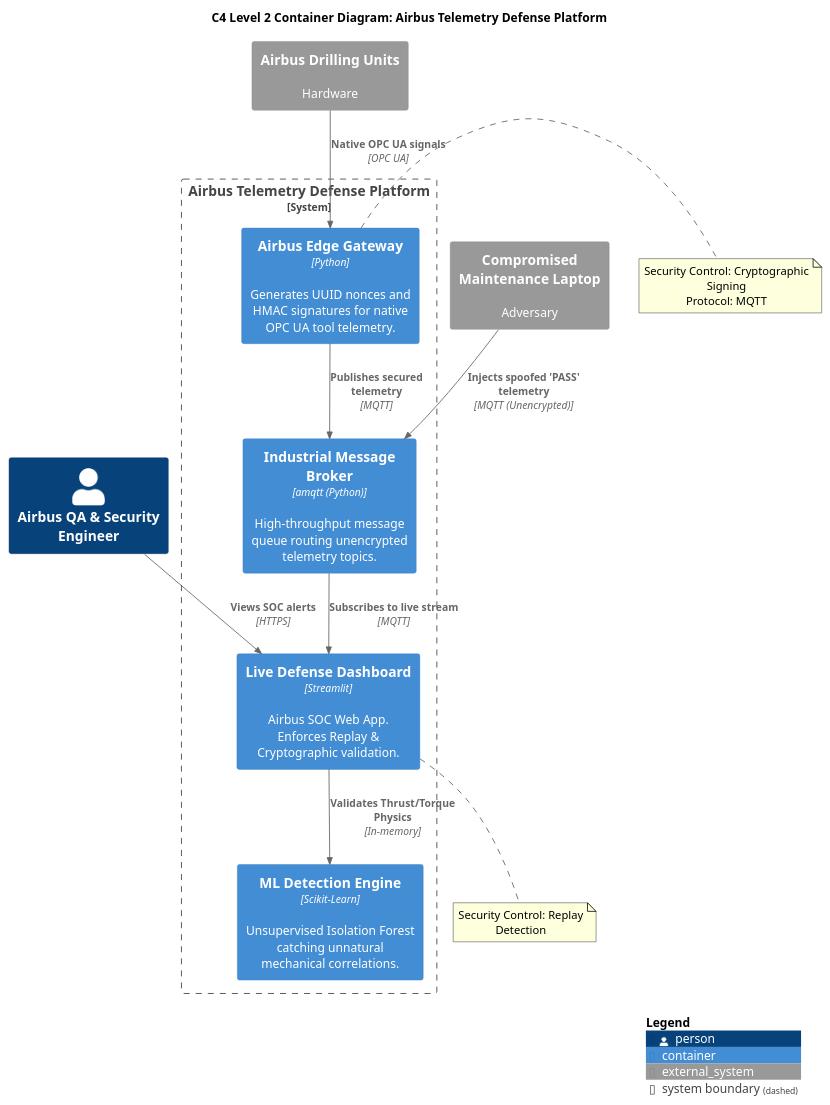
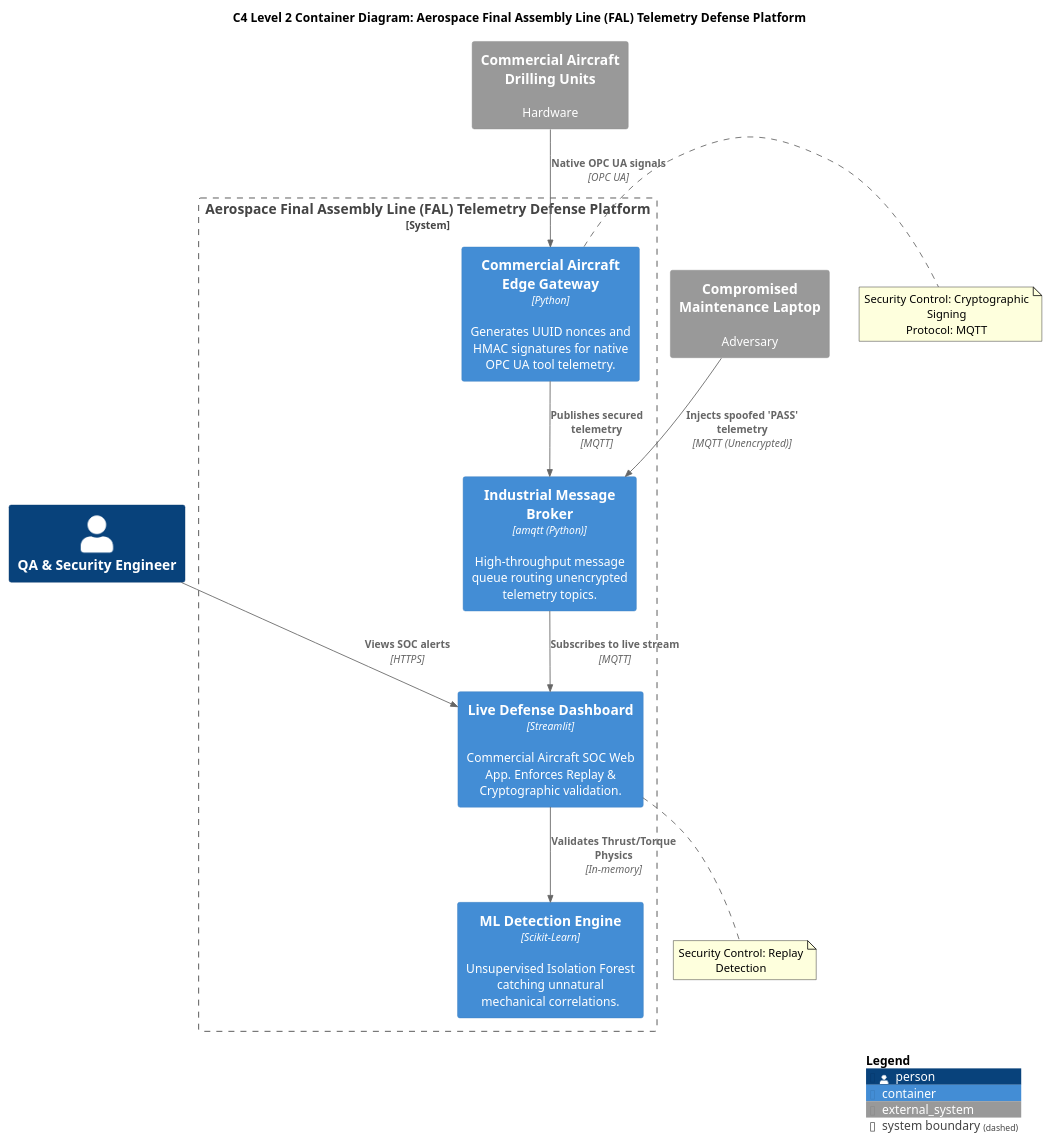
One commit to metgudV/CyberSecurity changed the diagram in diagrams/c4_container.puml. Above: the diagram before and after it, drawn with PlantUML.

Commit message:
Update C4 diagram for Aerospace Final Assembly Line

```diff
--- a/diagrams/c4_container.puml
+++ b/diagrams/c4_container.puml
@@ -1,29 +1,29 @@
 @startuml
 !include https://raw.githubusercontent.com/plantuml-stdlib/C4-PlantUML/master/C4_Container.puml
 
-title C4 Level 2 Container Diagram: Airbus Telemetry Defense Platform
+title C4 Level 2 Container Diagram: Aerospace Final Assembly Line (FAL) Telemetry Defense Platform
 
-Person(qaEngineer, "Airbus QA & Security Engineer")
+Person(qaEngineer, "QA & Security Engineer")
 
-System_Boundary(platformBoundary, "Airbus Telemetry Defense Platform") {
-    Container(edgeGateway, "Airbus Edge Gateway", "Python", "Generates UUID nonces and HMAC signatures for native OPC UA tool telemetry.")
+System_Boundary(platformBoundary, "Aerospace Final Assembly Line (FAL) Telemetry Defense Platform") {
+    Container(edgeGateway, "Commercial Aircraft Edge Gateway", "Python", "Generates UUID nonces and HMAC signatures for native OPC UA tool telemetry.")
     Container(mqttBroker, "Industrial Message Broker", "amqtt (Python)", "High-throughput message queue routing unencrypted telemetry topics.")
-    Container(dashboard, "Live Defense Dashboard", "Streamlit", "Airbus SOC Web App. Enforces Replay & Cryptographic validation.")
+    Container(dashboard, "Live Defense Dashboard", "Streamlit", "Commercial Aircraft SOC Web App. Enforces Replay & Cryptographic validation.")
     Container(mlEngine, "ML Detection Engine", "Scikit-Learn", "Unsupervised Isolation Forest catching unnatural mechanical correlations.")
 }
 
-System_Ext(smartTools, "Airbus Drilling Units", "Hardware")
+System_Ext(smartTools, "Commercial Aircraft Drilling Units", "Hardware")
 System_Ext(attacker, "Compromised Maintenance Laptop", "Adversary")
 
 Rel(smartTools, edgeGateway, "Native OPC UA signals", "OPC UA")
 Rel(edgeGateway, mqttBroker, "Publishes secured telemetry", "MQTT")
 Rel(attacker, mqttBroker, "Injects spoofed 'PASS' telemetry", "MQTT (Unencrypted)")
 Rel(mqttBroker, dashboard, "Subscribes to live stream", "MQTT")
 Rel(dashboard, mlEngine, "Validates Thrust/Torque Physics", "In-memory")
 Rel(qaEngineer, dashboard, "Views SOC alerts", "HTTPS")
 
 Note right of edgeGateway: Security Control: Cryptographic Signing\nProtocol: MQTT
 Note bottom of dashboard: Security Control: Replay Detection
 
 SHOW_LEGEND()
 @enduml
```
